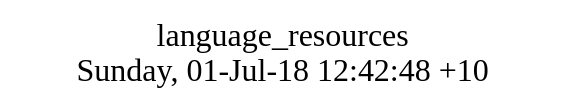
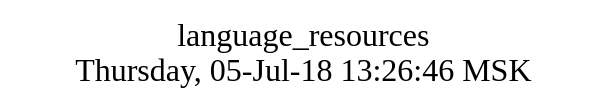
The diagram in src/basic/language_resources/struct.dot (AplaProject/apps), drawn with Graphviz before and after one commit. The commit also changed 10 other files, not shown here.

```diff
--- a/src/basic/language_resources/struct.dot
+++ b/src/basic/language_resources/struct.dot
@@ -1,8 +1,10 @@
 digraph G {
-fontsize="24";
-label="language_resources\nSunday, 01-Jul-18 12:42:48 +10";
-nojustify=true;
-ordering=out;
-rankdir=LR;
-size="30";
+graph [
+  fontsize="24";
+  label="language_resources\nThursday, 05-Jul-18 13:26:46 MSK";
+  nojustify=true;
+  ordering=out;
+  rankdir=LR;
+  size="30";
+];
 }
```
